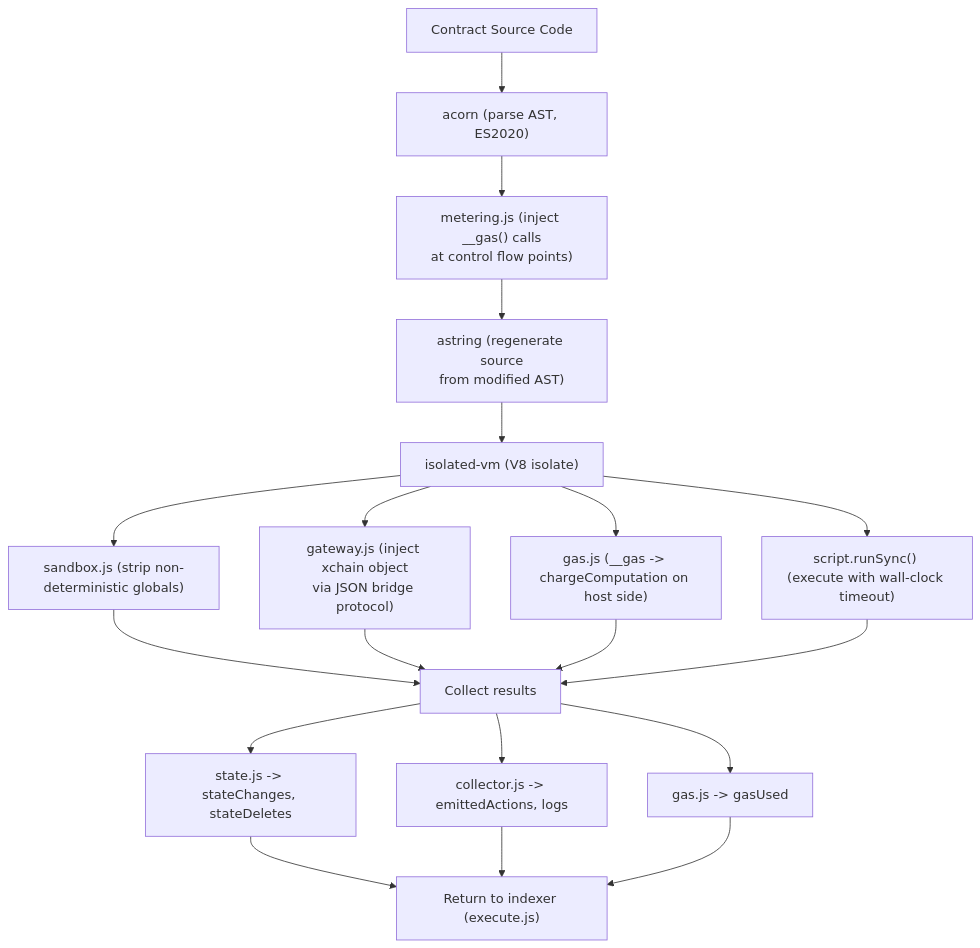
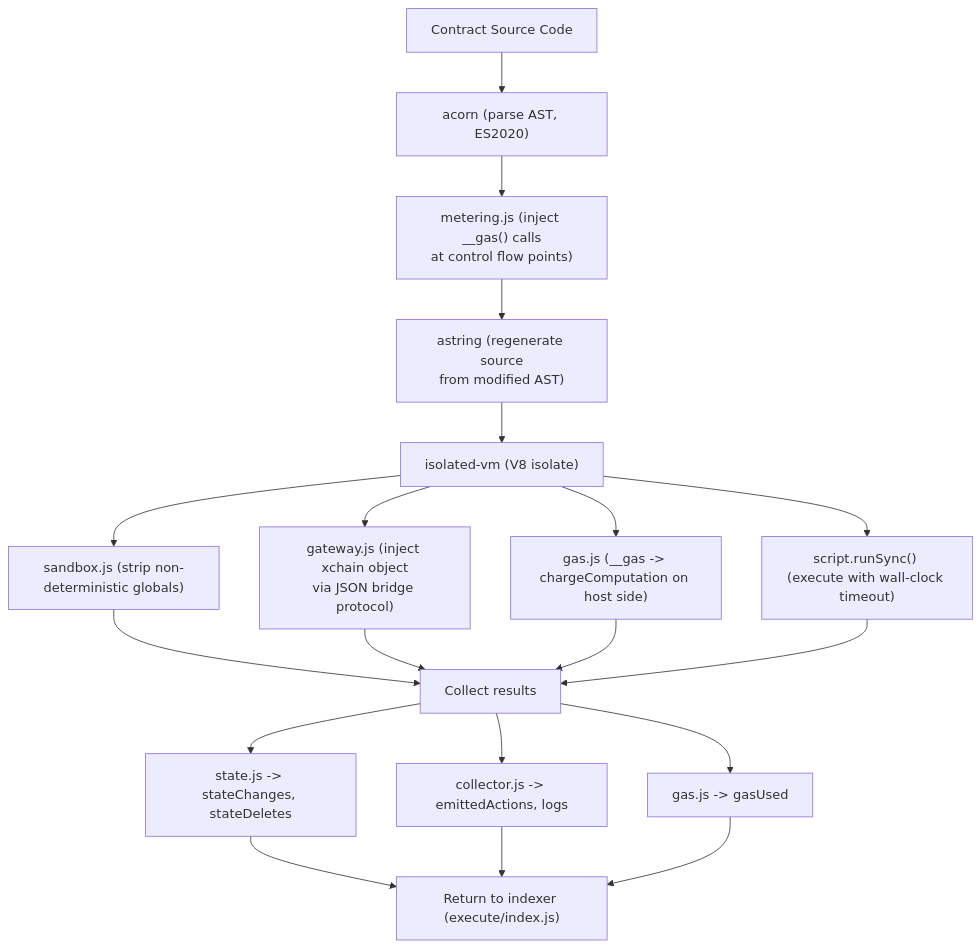
The first of 3 diagrams in components/vm/architecture.md (XChain-Platform/xchain-documentation), drawn with Mermaid before and after one commit. The commit also changed 15 other files, not shown here.

````diff
--- a/components/vm/architecture.md
+++ b/components/vm/architecture.md
@@ -8,33 +8,33 @@
 ```mermaid
 flowchart TD
     SRC["Contract Source Code"]
     ACORN["acorn (parse AST, ES2020)"]
     METER["metering.js (inject __gas() calls<br>at control flow points)"]
     ASTR["astring (regenerate source<br>from modified AST)"]
     ISOLATE["isolated-vm (V8 isolate)"]
     SANDBOX["sandbox.js (strip non-deterministic globals)"]
     GATEWAY["gateway.js (inject xchain object<br>via JSON bridge protocol)"]
     GASHOST["gas.js (__gas -> chargeComputation on host side)"]
     RUNSYNC["script.runSync() (execute with wall-clock timeout)"]
     COLLECT["Collect results"]
     STATE["state.js -> stateChanges, stateDeletes"]
     COLLECTOR["collector.js -> emittedActions, logs"]
     GASRESULT["gas.js -> gasUsed"]
-    RETURN["Return to indexer (execute.js)"]
+    RETURN["Return to indexer (execute/index.js)"]
 
     SRC --> ACORN --> METER --> ASTR --> ISOLATE
     ISOLATE --> SANDBOX
     ISOLATE --> GATEWAY
     ISOLATE --> GASHOST
     ISOLATE --> RUNSYNC
     SANDBOX --> COLLECT
     GATEWAY --> COLLECT
     GASHOST --> COLLECT
     RUNSYNC --> COLLECT
     COLLECT --> STATE
     COLLECT --> COLLECTOR
     COLLECT --> GASRESULT
     STATE --> RETURN
     COLLECTOR --> RETURN
     GASRESULT --> RETURN
 ```
````
